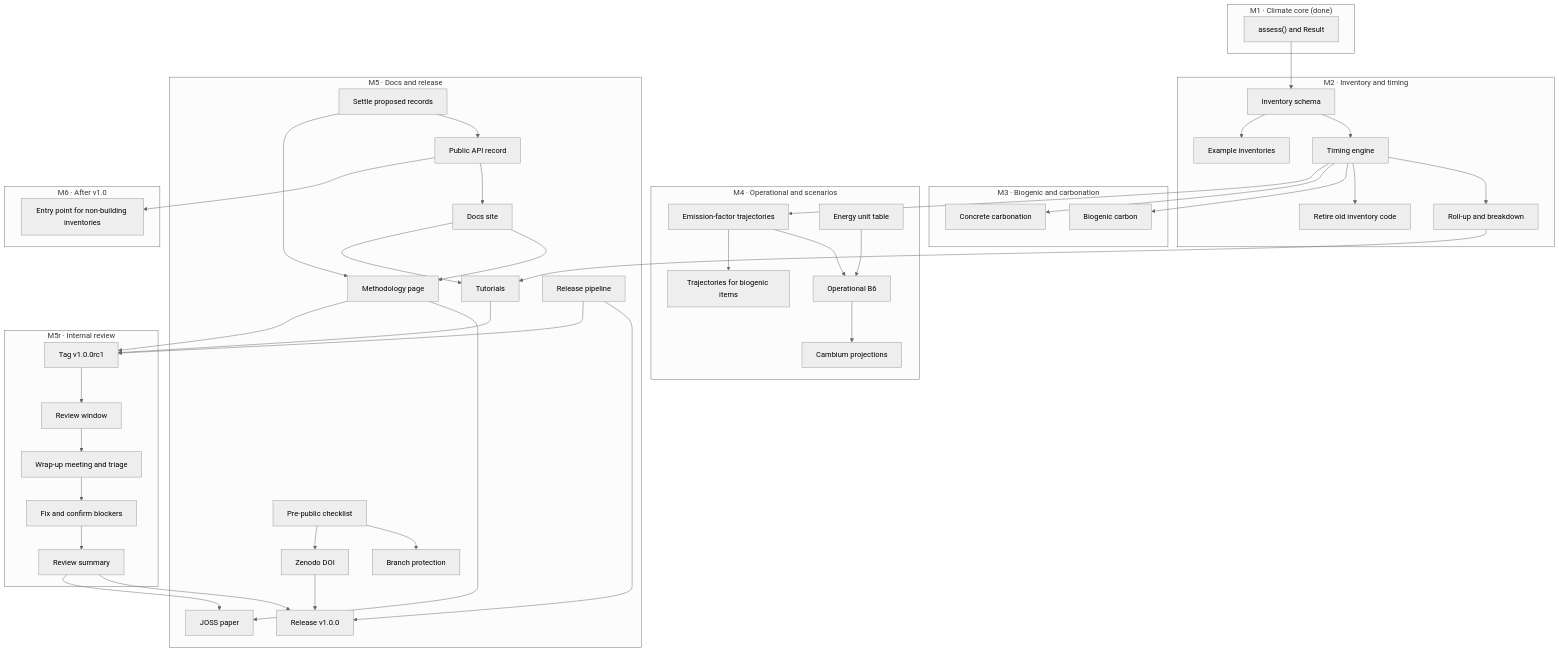
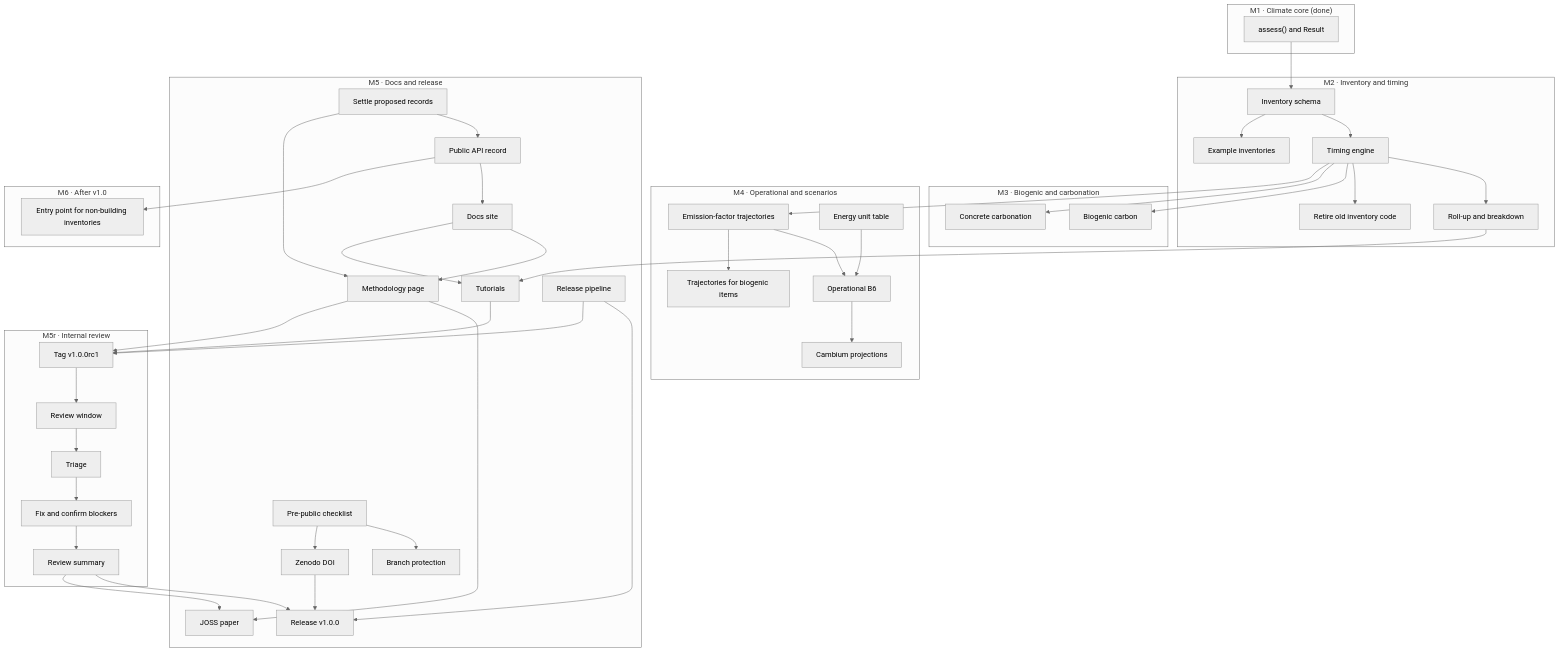
The diagram in docs/roadmap.md (jayarehart/DLCA), drawn with Mermaid (neutral theme) before and after one commit. The commit also changed other lines of this file and 4 other files, not shown here.

````diff
--- a/docs/roadmap.md
+++ b/docs/roadmap.md
@@ -85,55 +85,55 @@
 ```mermaid
 flowchart TB
   subgraph M1["M1 · Climate core (done)"]
     A["assess() and Result"]
   end
   subgraph M2["M2 · Inventory and timing"]
     S["Inventory schema"] --> T["Timing engine"]
     T --> G["Roll-up and breakdown"]
     S --> X["Example inventories"]
     T --> RT["Retire old inventory code"]
   end
   subgraph M3["M3 · Biogenic and carbonation"]
     B["Biogenic carbon"]
     C["Concrete carbonation"]
   end
   subgraph M4["M4 · Operational and scenarios"]
     E["Emission-factor trajectories"] --> O["Operational B6"]
     U["Energy unit table"] --> O
     O --> CB["Cambium projections"]
     E --> BT["Trajectories for biogenic items"]
   end
   subgraph M5["M5 · Docs and release"]
     AR["Settle proposed records"] --> API["Public API record"]
     API --> D["Docs site"]
     AR --> MP["Methodology page"]
     D --> MP
     D --> TU["Tutorials"]
     MP --> P["JOSS paper"]
     R["Release pipeline"]
     PP["Pre-public checklist"] --> BP["Branch protection"]
     PP --> Z["Zenodo DOI"]
     R --> V["Release v1.0.0"]
     Z --> V
   end
   subgraph M5R["M5r · Internal review"]
     RC["Tag v1.0.0rc1"] --> RW["Review window"]
-    RW --> WM["Wrap-up meeting and triage"]
+    RW --> WM["Triage"]
     WM --> FX["Fix and confirm blockers"]
     FX --> RS["Review summary"]
   end
   MP --> RC
   TU --> RC
   R --> RC
   RS --> V
   RS --> P
   subgraph M6["M6 · After v1.0"]
     GI["Entry point for non-building inventories"]
   end
   API --> GI
   A --> S
   T --> B
   T --> C
   T --> E
   G --> TU
 ```
````
